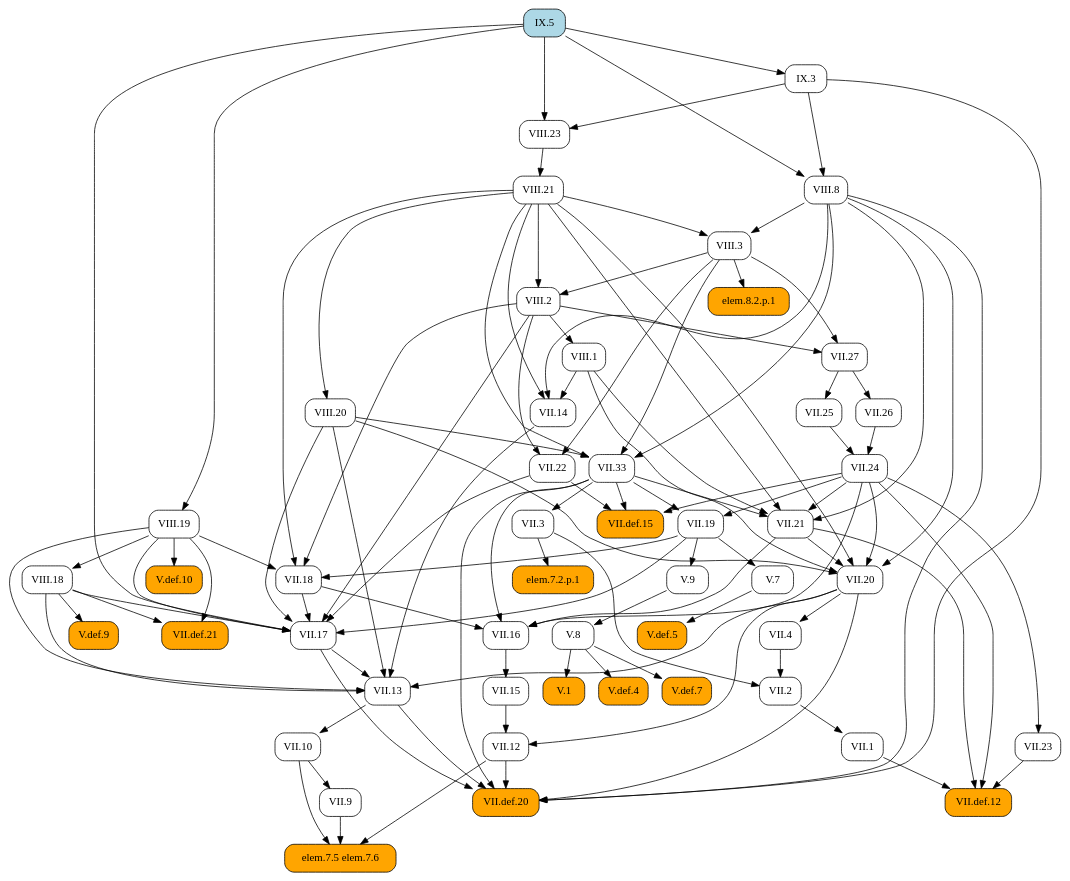
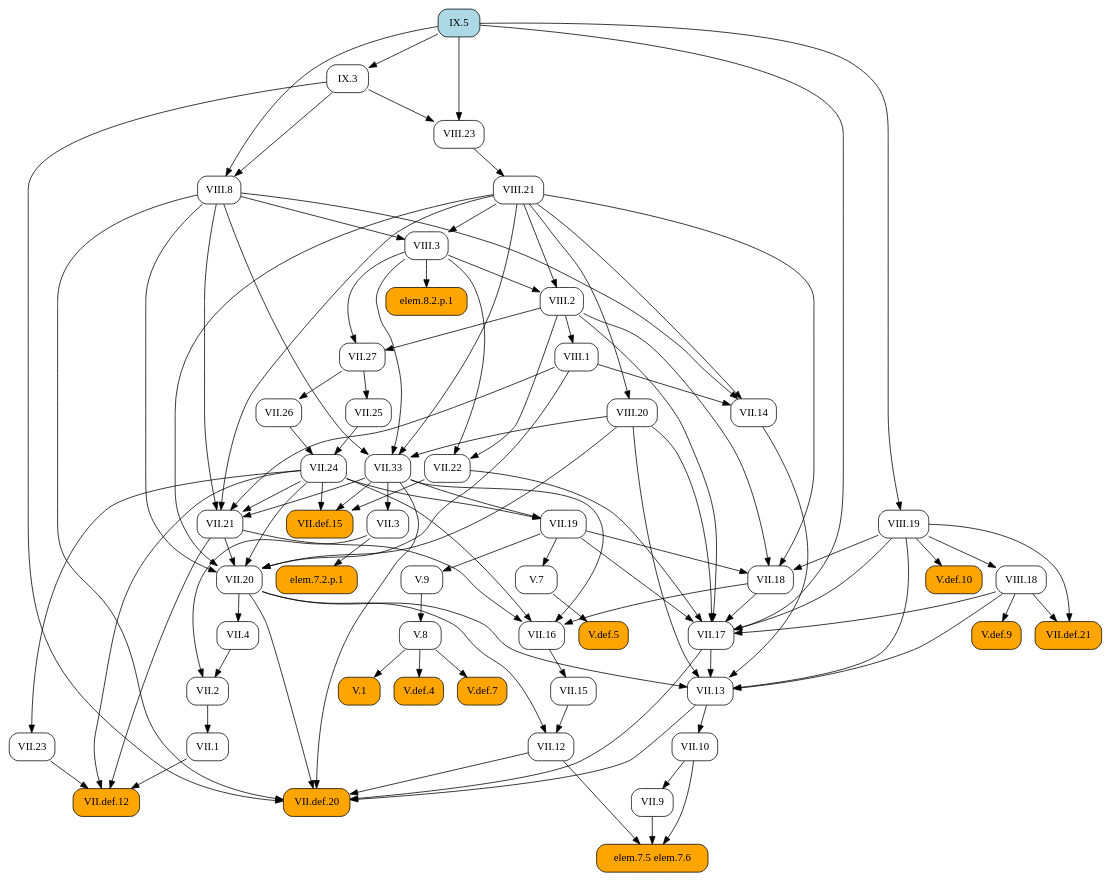
One commit to geometor/elements changed the diagram in docsrc/heath/IX/5/index.rst. Above: the diagram before and after it, drawn with Graphviz. The commit also changed other lines of this file and 1029 other files, not shown here.

```diff
--- a/docsrc/heath/IX/5/index.rst
+++ b/docsrc/heath/IX/5/index.rst
@@ -38,153 +38,62 @@
    digraph {
      rankdir="TB";
      node [shape=box, style=rounded];
-     "V.1" [style="rounded,filled", fillcolor=orange, URL="/heath/V/1/", target="_top"];
+     "VII.1" [URL="/heath/VII/1/", target="_top"];
+     "V.def.10" [style="rounded,filled", fillcolor=orange, URL="/heath/V/def.10/", target="_top"];
+     "VII.9" [URL="/heath/VII/9/", target="_top"];
+     "V.def.5" [style="rounded,filled", fillcolor=orange, URL="/heath/V/def.5/", target="_top"];
+     "VIII.23" [URL="/heath/VIII/23/", target="_top"];
+     "VII.17" [URL="/heath/VII/17/", target="_top"];
+     "VII.3" [URL="/heath/VII/3/", target="_top"];
+     "elem.7.5 elem.7.6" [style="rounded,filled", fillcolor=orange];
+     "VII.def.21" [style="rounded,filled", fillcolor=orange, URL="/heath/VII/def.21/", target="_top"];
+     "IX.3" [URL="/heath/IX/3/", target="_top"];
      "VIII.21" [URL="/heath/VIII/21/", target="_top"];
+     "VIII.19" [URL="/heath/VIII/19/", target="_top"];
+     "V.7" [URL="/heath/V/7/", target="_top"];
+     "V.9" [URL="/heath/V/9/", target="_top"];
+     "VII.13" [URL="/heath/VII/13/", target="_top"];
+     "VII.2" [URL="/heath/VII/2/", target="_top"];
+     "VIII.1" [URL="/heath/VIII/1/", target="_top"];
+     "VIII.2" [URL="/heath/VIII/2/", target="_top"];
      "VII.12" [URL="/heath/VII/12/", target="_top"];
-     "VII.14" [URL="/heath/VII/14/", target="_top"];
-     "VII.13" [URL="/heath/VII/13/", target="_top"];
-     "VII.16" [URL="/heath/VII/16/", target="_top"];
-     "V.def.4" [style="rounded,filled", fillcolor=orange, URL="/heath/V/def.4/", target="_top"];
+     "VII.24" [URL="/heath/VII/24/", target="_top"];
+     "VII.def.12" [style="rounded,filled", fillcolor=orange, URL="/heath/VII/def.12/", target="_top"];
+     "V.8" [URL="/heath/V/8/", target="_top"];
+     "VII.33" [URL="/heath/VII/33/", target="_top"];
+     "V.def.9" [style="rounded,filled", fillcolor=orange, URL="/heath/V/def.9/", target="_top"];
+     "elem.7.2.p.1" [style="rounded,filled", fillcolor=orange];
+     "VIII.18" [URL="/heath/VIII/18/", target="_top"];
+     "VII.10" [URL="/heath/VII/10/", target="_top"];
+     "IX.5" [style="rounded,filled", fillcolor=lightblue, URL="/heath/IX/5/", target="_top"];
      "VII.def.15" [style="rounded,filled", fillcolor=orange, URL="/heath/VII/def.15/", target="_top"];
      "VII.18" [URL="/heath/VII/18/", target="_top"];
-     "V.8" [URL="/heath/V/8/", target="_top"];
+     "VII.19" [URL="/heath/VII/19/", target="_top"];
+     "VII.16" [URL="/heath/VII/16/", target="_top"];
+     "VII.26" [URL="/heath/VII/26/", target="_top"];
+     "VII.4" [URL="/heath/VII/4/", target="_top"];
+     "VII.25" [URL="/heath/VII/25/", target="_top"];
      "VII.21" [URL="/heath/VII/21/", target="_top"];
+     "V.1" [style="rounded,filled", fillcolor=orange, URL="/heath/V/1/", target="_top"];
+     "VII.20" [URL="/heath/VII/20/", target="_top"];
+     "VIII.8" [URL="/heath/VIII/8/", target="_top"];
+     "VII.14" [URL="/heath/VII/14/", target="_top"];
+     "VII.27" [URL="/heath/VII/27/", target="_top"];
+     "VIII.3" [URL="/heath/VIII/3/", target="_top"];
+     "V.def.4" [style="rounded,filled", fillcolor=orange, URL="/heath/V/def.4/", target="_top"];
+     "VII.22" [URL="/heath/VII/22/", target="_top"];
      "VIII.20" [URL="/heath/VIII/20/", target="_top"];
-     "V.7" [URL="/heath/V/7/", target="_top"];
-     "VII.def.12" [style="rounded,filled", fillcolor=orange, URL="/heath/VII/def.12/", target="_top"];
+     "V.def.7" [style="rounded,filled", fillcolor=orange, URL="/heath/V/def.7/", target="_top"];
+     "VII.23" [URL="/heath/VII/23/", target="_top"];
      "VII.15" [URL="/heath/VII/15/", target="_top"];
-     "VIII.18" [URL="/heath/VIII/18/", target="_top"];
-     "VII.2" [URL="/heath/VII/2/", target="_top"];
      "VII.def.20" [style="rounded,filled", fillcolor=orange, URL="/heath/VII/def.20/", target="_top"];
-     "VII.3" [URL="/heath/VII/3/", target="_top"];
-     "elem.7.5 elem.7.6" [style="rounded,filled", fillcolor=orange];
      "elem.8.2.p.1" [style="rounded,filled", fillcolor=orange];
-     "VII.10" [URL="/heath/VII/10/", target="_top"];
-     "VIII.23" [URL="/heath/VIII/23/", target="_top"];
-     "V.def.7" [style="rounded,filled", fillcolor=orange, URL="/heath/V/def.7/", target="_top"];
-     "V.def.9" [style="rounded,filled", fillcolor=orange, URL="/heath/V/def.9/", target="_top"];
-     "VII.20" [URL="/heath/VII/20/", target="_top"];
-     "IX.3" [URL="/heath/IX/3/", target="_top"];
-     "VIII.19" [URL="/heath/VIII/19/", target="_top"];
-     "V.def.10" [style="rounded,filled", fillcolor=orange, URL="/heath/V/def.10/", target="_top"];
-     "VII.9" [URL="/heath/VII/9/", target="_top"];
-     "IX.5" [style="rounded,filled", fillcolor=lightblue, URL="/heath/IX/5/", target="_top"];
-     "VIII.1" [URL="/heath/VIII/1/", target="_top"];
-     "VII.25" [URL="/heath/VII/25/", target="_top"];
-     "VII.23" [URL="/heath/VII/23/", target="_top"];
-     "VIII.8" [URL="/heath/VIII/8/", target="_top"];
-     "VII.27" [URL="/heath/VII/27/", target="_top"];
-     "VIII.2" [URL="/heath/VIII/2/", target="_top"];
-     "VII.24" [URL="/heath/VII/24/", target="_top"];
-     "VIII.3" [URL="/heath/VIII/3/", target="_top"];
-     "VII.19" [URL="/heath/VII/19/", target="_top"];
-     "VII.4" [URL="/heath/VII/4/", target="_top"];
-     "elem.7.2.p.1" [style="rounded,filled", fillcolor=orange];
-     "V.9" [URL="/heath/V/9/", target="_top"];
-     "VII.26" [URL="/heath/VII/26/", target="_top"];
-     "VII.1" [URL="/heath/VII/1/", target="_top"];
-     "VII.22" [URL="/heath/VII/22/", target="_top"];
-     "VII.33" [URL="/heath/VII/33/", target="_top"];
-     "VII.def.21" [style="rounded,filled", fillcolor=orange, URL="/heath/VII/def.21/", target="_top"];
-     "V.def.5" [style="rounded,filled", fillcolor=orange, URL="/heath/V/def.5/", target="_top"];
-     "VII.17" [URL="/heath/VII/17/", target="_top"];
-     "V.8" -> "V.1";
-     "VIII.23" -> "VIII.21";
-     "VII.15" -> "VII.12";
-     "VII.20" -> "VII.12";
-     "VIII.1" -> "VII.14";
-     "VIII.8" -> "VII.14";
-     "VIII.21" -> "VII.14";
-     "VII.14" -> "VII.13";
-     "VII.17" -> "VII.13";
-     "VII.20" -> "VII.13";
-     "VIII.18" -> "VII.13";
-     "VIII.19" -> "VII.13";
-     "VIII.20" -> "VII.13";
-     "VII.18" -> "VII.16";
-     "VII.21" -> "VII.16";
-     "VII.24" -> "VII.16";
-     "VII.33" -> "VII.16";
-     "V.8" -> "V.def.4";
-     "VII.22" -> "VII.def.15";
-     "VII.24" -> "VII.def.15";
-     "VII.33" -> "VII.def.15";
-     "VII.19" -> "VII.18";
-     "VIII.2" -> "VII.18";
-     "VIII.19" -> "VII.18";
-     "VIII.21" -> "VII.18";
-     "V.9" -> "V.8";
-     "VII.24" -> "VII.21";
-     "VII.33" -> "VII.21";
-     "VIII.1" -> "VII.21";
-     "VIII.8" -> "VII.21";
-     "VIII.21" -> "VII.21";
-     "VIII.21" -> "VIII.20";
-     "VII.19" -> "V.7";
-     "VII.1" -> "VII.def.12";
-     "VII.21" -> "VII.def.12";
-     "VII.23" -> "VII.def.12";
-     "VII.24" -> "VII.def.12";
-     "VII.16" -> "VII.15";
-     "VIII.19" -> "VIII.18";
-     "VII.3" -> "VII.2";
-     "VII.4" -> "VII.2";
-     "VII.12" -> "VII.def.20";
-     "VII.13" -> "VII.def.20";
-     "VII.17" -> "VII.def.20";
-     "VII.20" -> "VII.def.20";
-     "VII.33" -> "VII.def.20";
-     "VIII.8" -> "VII.def.20";
-     "IX.3" -> "VII.def.20";
-     "VII.33" -> "VII.3";
-     "VII.9" -> "elem.7.5 elem.7.6";
-     "VII.10" -> "elem.7.5 elem.7.6";
-     "VII.12" -> "elem.7.5 elem.7.6";
-     "VIII.3" -> "elem.8.2.p.1";
-     "VII.13" -> "VII.10";
+     "VII.2" -> "VII.1";
+     "VIII.19" -> "V.def.10";
+     "VII.10" -> "VII.9";
+     "V.7" -> "V.def.5";
      "IX.3" -> "VIII.23";
      "IX.5" -> "VIII.23";
-     "V.8" -> "V.def.7";
-     "VIII.18" -> "V.def.9";
-     "VII.21" -> "VII.20";
-     "VII.24" -> "VII.20";
-     "VIII.1" -> "VII.20";
-     "VIII.8" -> "VII.20";
-     "VIII.20" -> "VII.20";
-     "VIII.21" -> "VII.20";
-     "IX.5" -> "IX.3";
-     "IX.5" -> "VIII.19";
-     "VIII.19" -> "V.def.10";
-     "VII.10" -> "VII.9";
-     "VIII.2" -> "VIII.1";
-     "VII.27" -> "VII.25";
-     "VII.24" -> "VII.23";
-     "IX.3" -> "VIII.8";
-     "IX.5" -> "VIII.8";
-     "VIII.2" -> "VII.27";
-     "VIII.3" -> "VII.27";
-     "VIII.3" -> "VIII.2";
-     "VIII.21" -> "VIII.2";
-     "VII.25" -> "VII.24";
-     "VII.26" -> "VII.24";
-     "VIII.8" -> "VIII.3";
-     "VIII.21" -> "VIII.3";
-     "VII.24" -> "VII.19";
-     "VII.33" -> "VII.19";
-     "VII.20" -> "VII.4";
-     "VII.3" -> "elem.7.2.p.1";
-     "VII.19" -> "V.9";
-     "VII.27" -> "VII.26";
-     "VII.2" -> "VII.1";
-     "VIII.2" -> "VII.22";
-     "VIII.3" -> "VII.22";
-     "VIII.3" -> "VII.33";
-     "VIII.8" -> "VII.33";
-     "VIII.20" -> "VII.33";
-     "VIII.21" -> "VII.33";
-     "VIII.18" -> "VII.def.21";
-     "VIII.19" -> "VII.def.21";
-     "V.7" -> "V.def.5";
      "VII.18" -> "VII.17";
      "VII.19" -> "VII.17";
      "VII.22" -> "VII.17";
@@ -193,4 +102,95 @@
      "VIII.19" -> "VII.17";
      "VIII.20" -> "VII.17";
      "IX.5" -> "VII.17";
+     "VII.33" -> "VII.3";
+     "VII.9" -> "elem.7.5 elem.7.6";
+     "VII.10" -> "elem.7.5 elem.7.6";
+     "VII.12" -> "elem.7.5 elem.7.6";
+     "VIII.18" -> "VII.def.21";
+     "VIII.19" -> "VII.def.21";
+     "IX.5" -> "IX.3";
+     "VIII.23" -> "VIII.21";
+     "IX.5" -> "VIII.19";
+     "VII.19" -> "V.7";
+     "VII.19" -> "V.9";
+     "VII.14" -> "VII.13";
+     "VII.17" -> "VII.13";
+     "VII.20" -> "VII.13";
+     "VIII.18" -> "VII.13";
+     "VIII.19" -> "VII.13";
+     "VIII.20" -> "VII.13";
+     "VII.3" -> "VII.2";
+     "VII.4" -> "VII.2";
+     "VIII.2" -> "VIII.1";
+     "VIII.3" -> "VIII.2";
+     "VIII.21" -> "VIII.2";
+     "VII.15" -> "VII.12";
+     "VII.20" -> "VII.12";
+     "VII.25" -> "VII.24";
+     "VII.26" -> "VII.24";
+     "VII.1" -> "VII.def.12";
+     "VII.21" -> "VII.def.12";
+     "VII.23" -> "VII.def.12";
+     "VII.24" -> "VII.def.12";
+     "V.9" -> "V.8";
+     "VIII.3" -> "VII.33";
+     "VIII.8" -> "VII.33";
+     "VIII.20" -> "VII.33";
+     "VIII.21" -> "VII.33";
+     "VIII.18" -> "V.def.9";
+     "VII.3" -> "elem.7.2.p.1";
+     "VIII.19" -> "VIII.18";
+     "VII.13" -> "VII.10";
+     "VII.22" -> "VII.def.15";
+     "VII.24" -> "VII.def.15";
+     "VII.33" -> "VII.def.15";
+     "VII.19" -> "VII.18";
+     "VIII.2" -> "VII.18";
+     "VIII.19" -> "VII.18";
+     "VIII.21" -> "VII.18";
+     "VII.24" -> "VII.19";
+     "VII.33" -> "VII.19";
+     "VII.18" -> "VII.16";
+     "VII.21" -> "VII.16";
+     "VII.24" -> "VII.16";
+     "VII.33" -> "VII.16";
+     "VII.27" -> "VII.26";
+     "VII.20" -> "VII.4";
+     "VII.27" -> "VII.25";
+     "VII.24" -> "VII.21";
+     "VII.33" -> "VII.21";
+     "VIII.1" -> "VII.21";
+     "VIII.8" -> "VII.21";
+     "VIII.21" -> "VII.21";
+     "V.8" -> "V.1";
+     "VII.21" -> "VII.20";
+     "VII.24" -> "VII.20";
+     "VIII.1" -> "VII.20";
+     "VIII.8" -> "VII.20";
+     "VIII.20" -> "VII.20";
+     "VIII.21" -> "VII.20";
+     "IX.3" -> "VIII.8";
+     "IX.5" -> "VIII.8";
+     "VIII.1" -> "VII.14";
+     "VIII.8" -> "VII.14";
+     "VIII.21" -> "VII.14";
+     "VIII.2" -> "VII.27";
+     "VIII.3" -> "VII.27";
+     "VIII.8" -> "VIII.3";
+     "VIII.21" -> "VIII.3";
+     "V.8" -> "V.def.4";
+     "VIII.2" -> "VII.22";
+     "VIII.3" -> "VII.22";
+     "VIII.21" -> "VIII.20";
+     "V.8" -> "V.def.7";
+     "VII.24" -> "VII.23";
+     "VII.16" -> "VII.15";
+     "VII.12" -> "VII.def.20";
+     "VII.13" -> "VII.def.20";
+     "VII.17" -> "VII.def.20";
+     "VII.20" -> "VII.def.20";
+     "VII.33" -> "VII.def.20";
+     "VIII.8" -> "VII.def.20";
+     "IX.3" -> "VII.def.20";
+     "VIII.3" -> "elem.8.2.p.1";
    }
```
